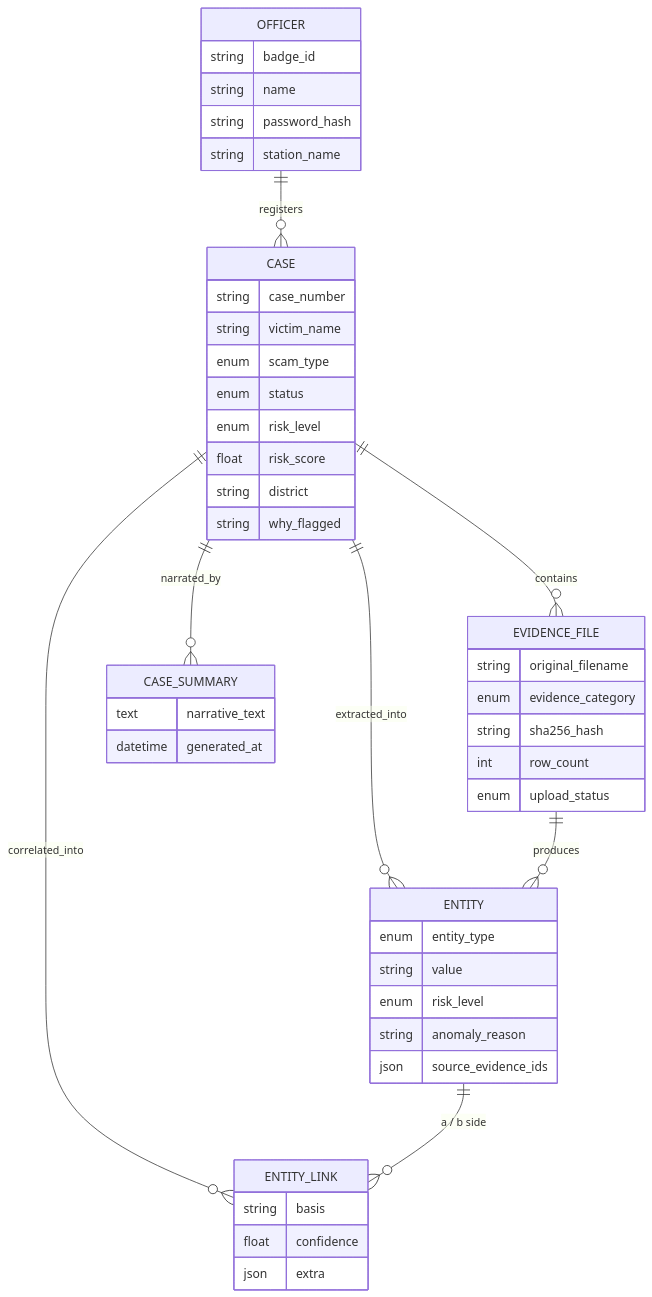
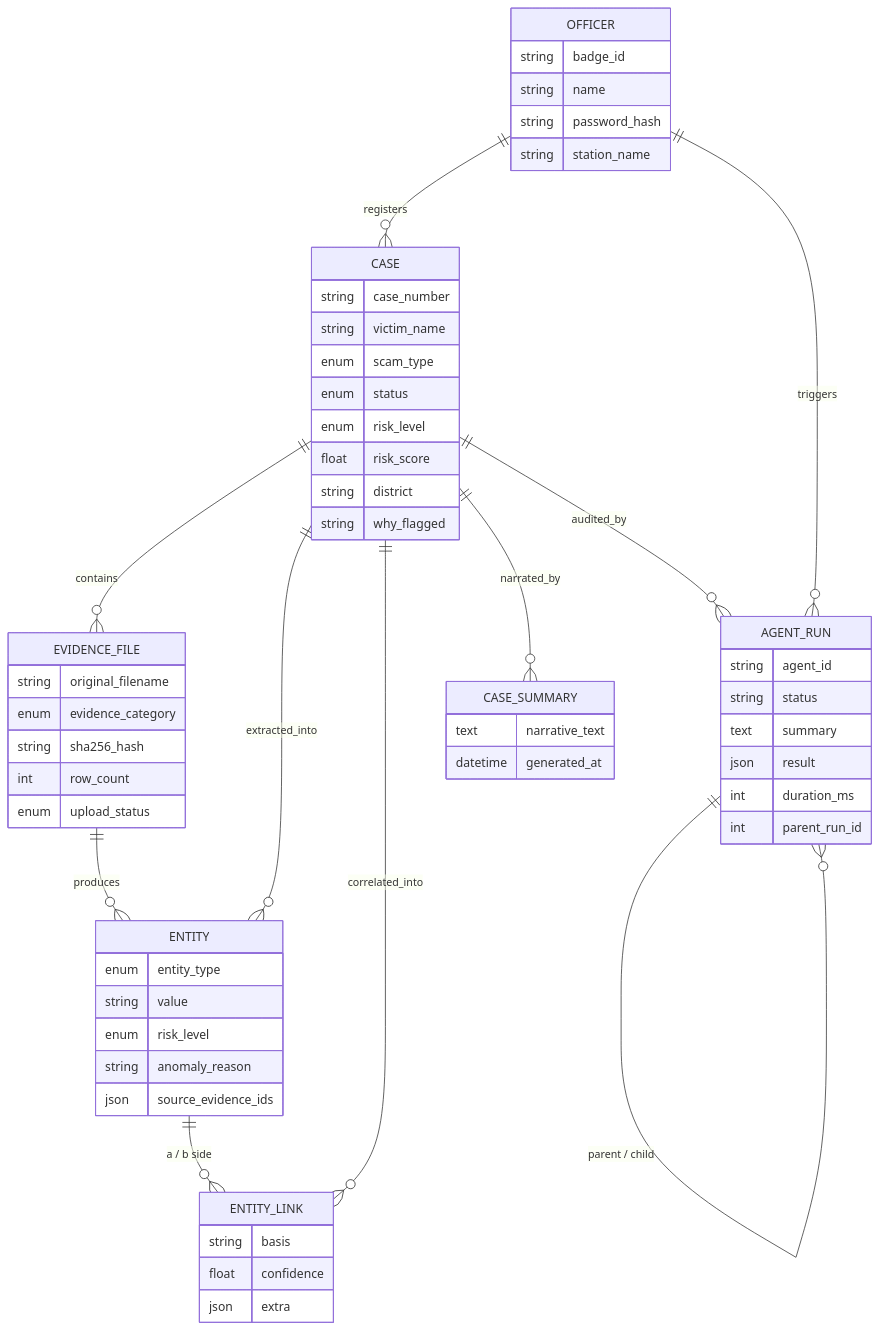
One commit to Krishnaa-21/tracex changed the fourth of 4 diagrams in README.md. Above: the diagram before and after it, drawn with Mermaid. The commit also changed other lines of this file and 7 other files, not shown here.

````diff
--- a/README.md
+++ b/README.md
@@ -311,50 +551,61 @@
 ```mermaid
 erDiagram
     OFFICER ||--o{ CASE : registers
+    OFFICER ||--o{ AGENT_RUN : triggers
     CASE ||--o{ EVIDENCE_FILE : contains
     CASE ||--o{ ENTITY : extracted_into
     CASE ||--o{ ENTITY_LINK : correlated_into
     CASE ||--o{ CASE_SUMMARY : narrated_by
+    CASE ||--o{ AGENT_RUN : audited_by
     EVIDENCE_FILE ||--o{ ENTITY : produces
     ENTITY ||--o{ ENTITY_LINK : "a / b side"
+    AGENT_RUN ||--o{ AGENT_RUN : "parent / child"
 
     OFFICER {
         string badge_id
         string name
         string password_hash
         string station_name
     }
     CASE {
         string case_number
         string victim_name
         enum scam_type
         enum status
         enum risk_level
         float risk_score
         string district
         string why_flagged
     }
     EVIDENCE_FILE {
         string original_filename
         enum evidence_category
         string sha256_hash
         int row_count
         enum upload_status
     }
     ENTITY {
         enum entity_type
         string value
         enum risk_level
         string anomaly_reason
         json source_evidence_ids
     }
     ENTITY_LINK {
         string basis
         float confidence
         json extra
     }
     CASE_SUMMARY {
         text narrative_text
         datetime generated_at
     }
+    AGENT_RUN {
+        string agent_id
+        string status
+        text summary
+        json result
+        int duration_ms
+        int parent_run_id
+    }
 ```
````
